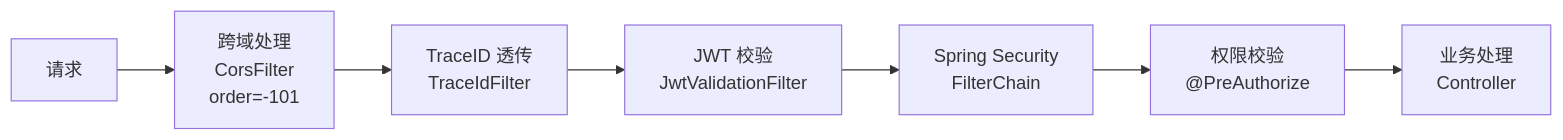
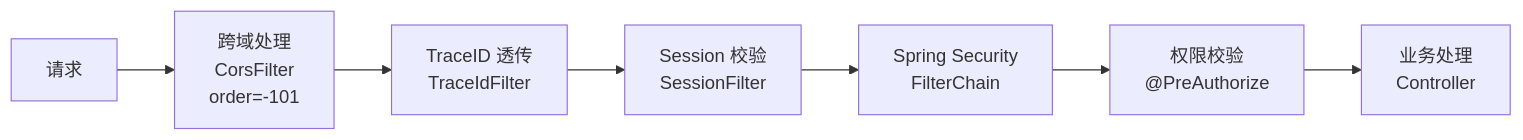
The tenth of 15 diagrams in dehaze-doc/docs/04-项目实现/后端/01-Java架构文档.md (earthy-zinc/dehaze-system), drawn with Mermaid before and after one commit. The commit also changed other lines of this file and 3 other files, not shown here.

First line of the commit message:
docs: update documents to reflect switch from JWT to Session auth

````diff
--- a/dehaze-doc/docs/04-项目实现/后端/01-Java架构文档.md
+++ b/dehaze-doc/docs/04-项目实现/后端/01-Java架构文档.md
@@ -752,9 +752,9 @@
 ```mermaid
 flowchart LR
     Req["请求"] --> CORS["跨域处理<br/>CorsFilter<br/>order=-101"]
     CORS --> Trace["TraceID 透传<br/>TraceIdFilter"]
-    Trace --> JWT["JWT 校验<br/>JwtValidationFilter"]
-    JWT --> Security["Spring Security<br/>FilterChain"]
+    Trace --> Session["Session 校验<br/>SessionFilter"]
+    Session --> Security["Spring Security<br/>FilterChain"]
     Security --> Permission["权限校验<br/>@PreAuthorize"]
     Permission --> Handler["业务处理<br/>Controller"]
 ```
````
